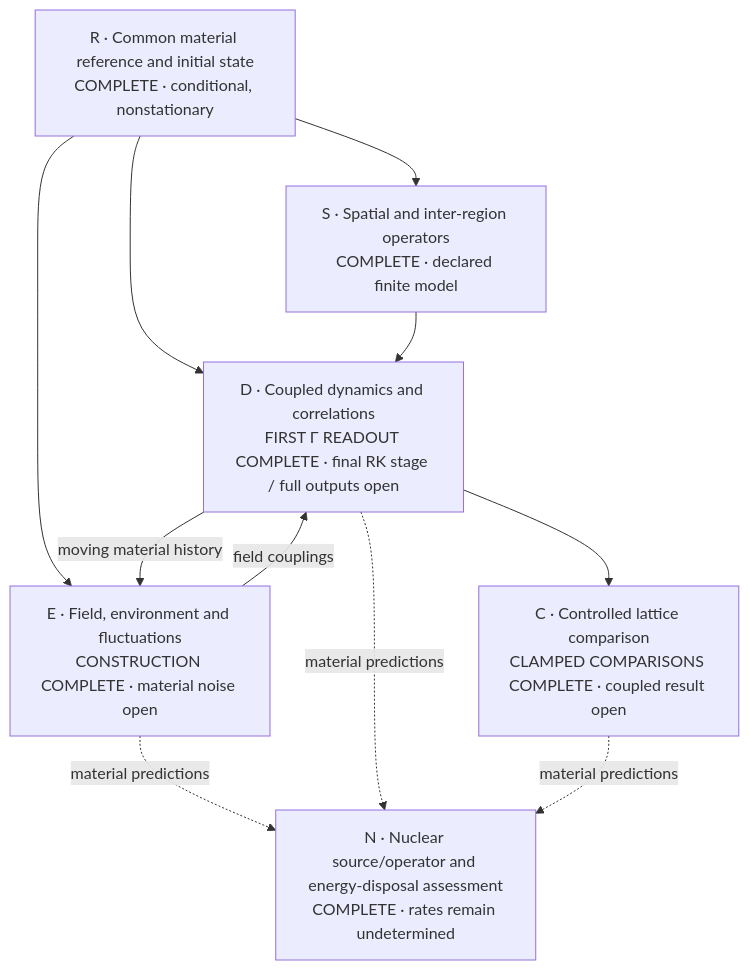
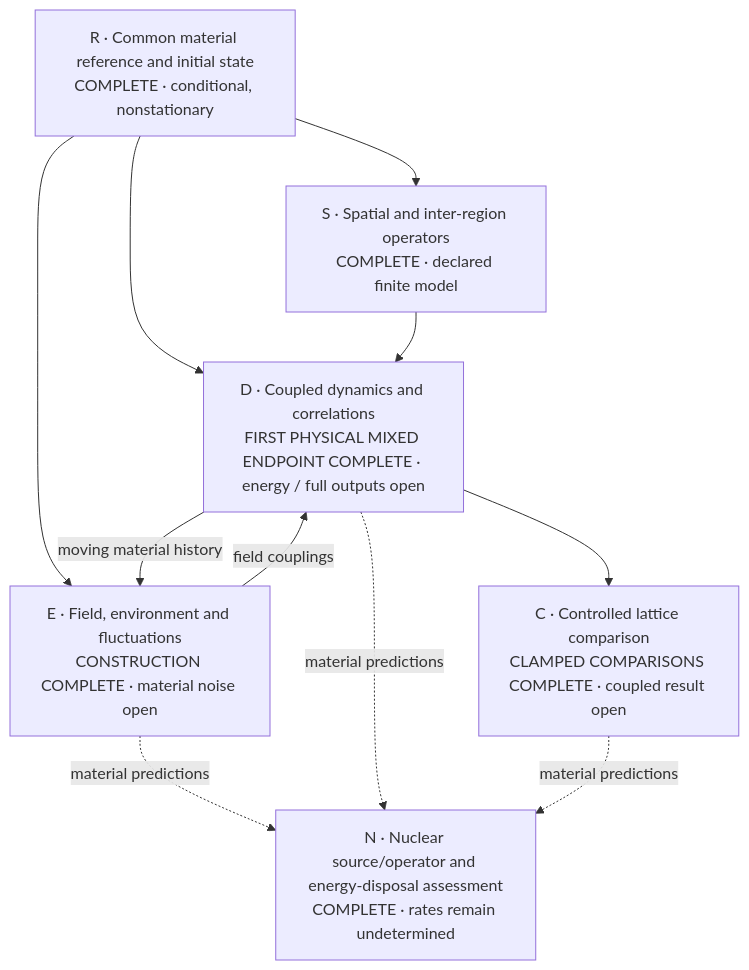
Before and after one commit to giuliano-vantasner/substrate-framework: the first of 2 diagrams in proposals/P254-ni-collective-response/SOLUTION.md, drawn with Mermaid. The commit also changed other lines of this file and 21 other files, not shown here.

````diff
--- a/proposals/P254-ni-collective-response/SOLUTION.md
+++ b/proposals/P254-ni-collective-response/SOLUTION.md
@@ -16,19 +16,19 @@
 ```mermaid
 flowchart TD
     R["R · Common material reference and initial state\nCOMPLETE · conditional, nonstationary"]
     S["S · Spatial and inter-region operators\nCOMPLETE · declared finite model"]
     E["E · Field, environment and fluctuations\nCONSTRUCTION COMPLETE · material noise open"]
-    D["D · Coupled dynamics and correlations\nFIRST Γ READOUT COMPLETE · final RK stage / full outputs open"]
+    D["D · Coupled dynamics and correlations\nFIRST PHYSICAL MIXED ENDPOINT COMPLETE · energy / full outputs open"]
     C["C · Controlled lattice comparison\nCLAMPED COMPARISONS COMPLETE · coupled result open"]
     N["N · Nuclear source/operator and energy-disposal assessment\nCOMPLETE · rates remain undetermined"]
     R --> S
     R --> E
     R --> D
     S --> D
     E -- "field couplings" --> D
     D -- "moving material history" --> E
     D --> C
     E -. "material predictions" .-> N
     D -. "material predictions" .-> N
     C -. "material predictions" .-> N
 ```
````
